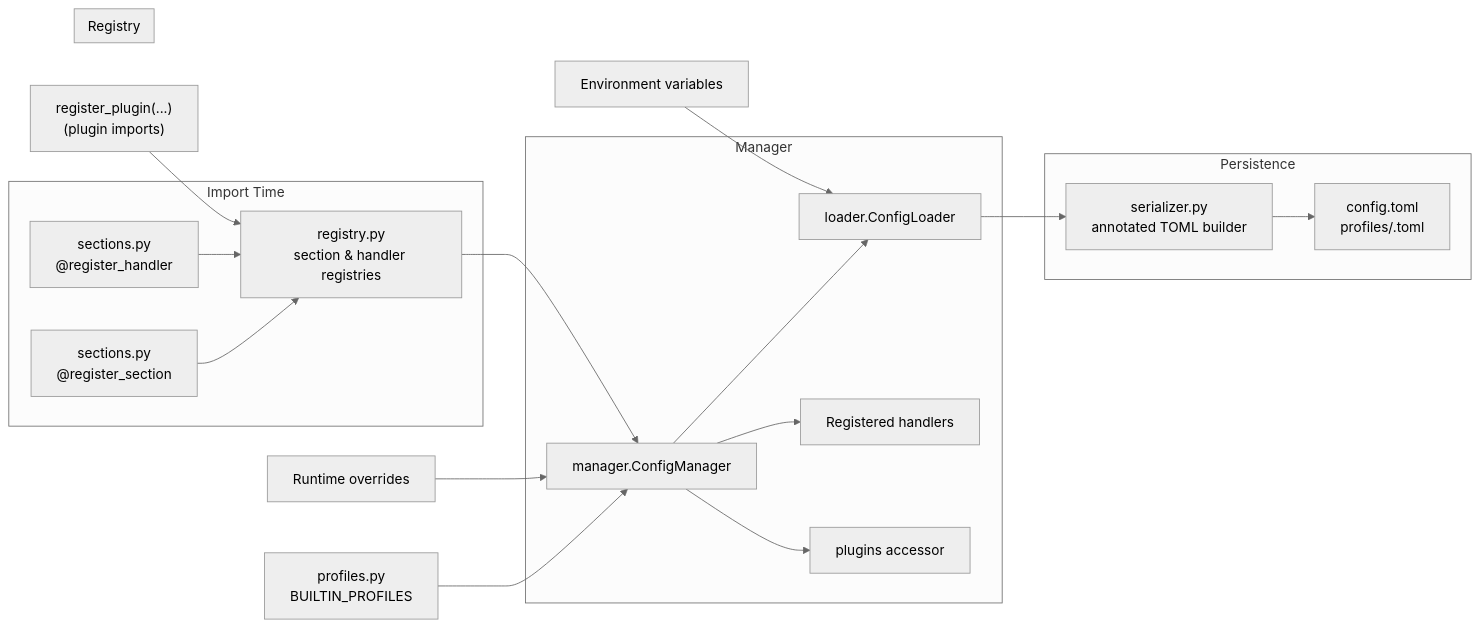
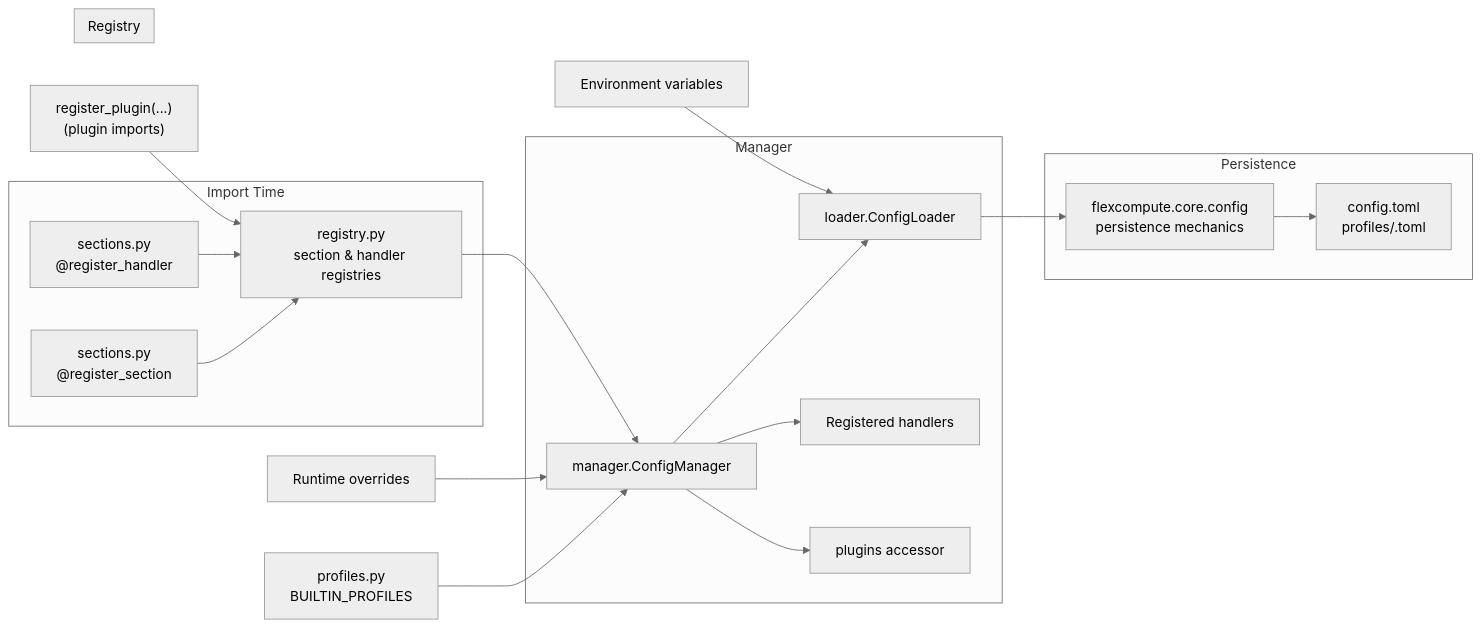
Before and after one commit to flexcompute/tidy3d: the diagram in tidy3d/config/README.md, drawn with Mermaid (neutral theme). The commit also changed other lines of this file and 3 other files, not shown here.

First line of the commit message:
refactor(tidy3d-client): migrate config internals to flexcompute-core (EMC-31) (#8227)

````diff
--- a/tidy3d/config/README.md
+++ b/tidy3d/config/README.md
@@ -22,28 +22,28 @@
 ```mermaid
 flowchart LR
     subgraph ImportTime["Import Time"]
         sections_py["sections.py<br/>@register_section"] --> registry_py
         sections_handlers["sections.py<br/>@register_handler"] --> registry_py
     end
 
     subgraph Registry
         registry_py["registry.py<br/>section & handler registries"]
     end
 
     subgraph Manager
         manager_py["manager.ConfigManager"] --> loader_py
         manager_py --> handlers["Registered handlers"]
         manager_py --> plugins_accessor["plugins accessor"]
     end
 
     subgraph Persistence
-        loader_py["loader.ConfigLoader"] --> serializer_py
-        serializer_py["serializer.py<br/>annotated TOML builder"] --> filesystem["config.toml<br/>profiles/<name>.toml"]
+        loader_py["loader.ConfigLoader"] --> core_config["flexcompute.core.config<br/>persistence mechanics"]
+        core_config --> filesystem["config.toml<br/>profiles/<name>.toml"]
     end
 
     env_vars["Environment variables"] --> loader_py
     builtin_profiles["profiles.py<br/>BUILTIN_PROFILES"] --> manager_py
     runtime_overrides["Runtime overrides"] --> manager_py
     plugins["register_plugin(...)<br/>(plugin imports)"] --> registry_py
     registry_py --> manager_py
 ```
````
